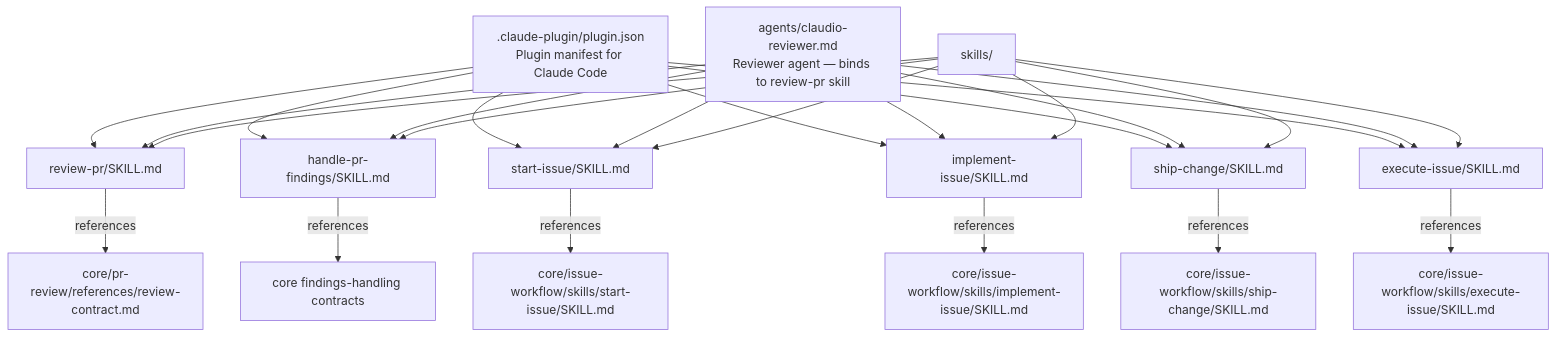
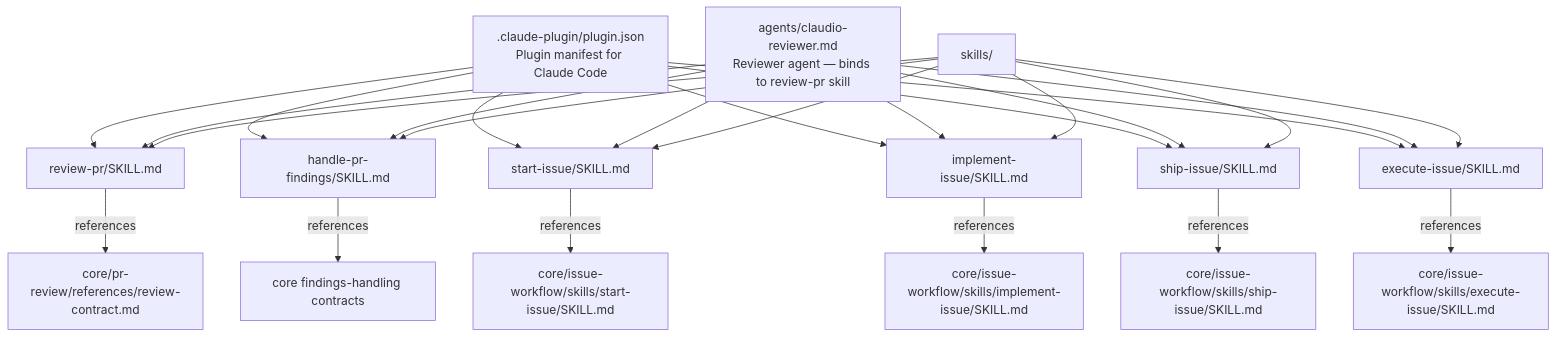
Before and after one commit to dgaramos/agent-workflows: the second of 4 diagrams in docs/architecture.md, drawn with Mermaid. The commit also changed other lines of this file and 43 other files, not shown here.

Commit message:
fix(workflow): formalize ship-issue orchestration (#248) (#249)

````diff
--- a/docs/architecture.md
+++ b/docs/architecture.md
@@ -50,26 +50,26 @@
 ```mermaid
 flowchart TD
     M[".claude-plugin/plugin.json\nPlugin manifest for Claude Code"]
     AG["agents/claudio-reviewer.md\nReviewer agent — binds to review-pr skill"]
     SK["skills/"]
     RPR["review-pr/SKILL.md"]
     HPF["handle-pr-findings/SKILL.md"]
     SI["start-issue/SKILL.md"]
     II["implement-issue/SKILL.md"]
-    SC["ship-change/SKILL.md"]
+    SH["ship-issue/SKILL.md"]
     EI["execute-issue/SKILL.md"]
     CRP["core/pr-review/references/review-contract.md"]
     CFH["core findings-handling contracts"]
     CSI["core/issue-workflow/skills/start-issue/SKILL.md"]
     CII["core/issue-workflow/skills/implement-issue/SKILL.md"]
-    CSC["core/issue-workflow/skills/ship-change/SKILL.md"]
+    CSH["core/issue-workflow/skills/ship-issue/SKILL.md"]
     CEI["core/issue-workflow/skills/execute-issue/SKILL.md"]
 
-    M & AG & SK --> RPR & HPF & SI & II & SC & EI
+    M & AG & SK --> RPR & HPF & SI & II & SH & EI
     RPR -->|"references"| CRP
     HPF -->|"references"| CFH
     SI -->|"references"| CSI
     II -->|"references"| CII
-    SC -->|"references"| CSC
+    SH -->|"references"| CSH
     EI -->|"references"| CEI
 ```
````
